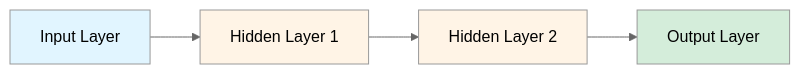
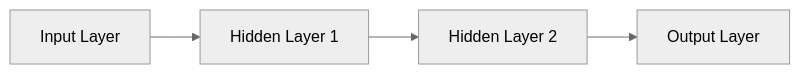
One commit to Swayam42/CollegeHub changed the first of 6 diagrams in 6th-SEM/ML-2/ClassWorks/Ch-10_NeuralNetworks/Notes.md. Above: the diagram before and after it, drawn with Mermaid (neutral theme).

Commit message:
..
Removed specific styles from flowchart elements in Notes.md.

````diff
--- a/6th-SEM/ML-2/ClassWorks/Ch-10_NeuralNetworks/Notes.md
+++ b/6th-SEM/ML-2/ClassWorks/Ch-10_NeuralNetworks/Notes.md
@@ -38,11 +38,7 @@
 ```mermaid
 flowchart LR
     A[Input Layer] --> B[Hidden Layer 1]
     B --> C[Hidden Layer 2]
     C --> D[Output Layer]
-    
-    style A fill:#e1f5ff
-    style B fill:#fff4e6
-    style C fill:#fff4e6
-    style D fill:#d4edda
+
 ```
````
